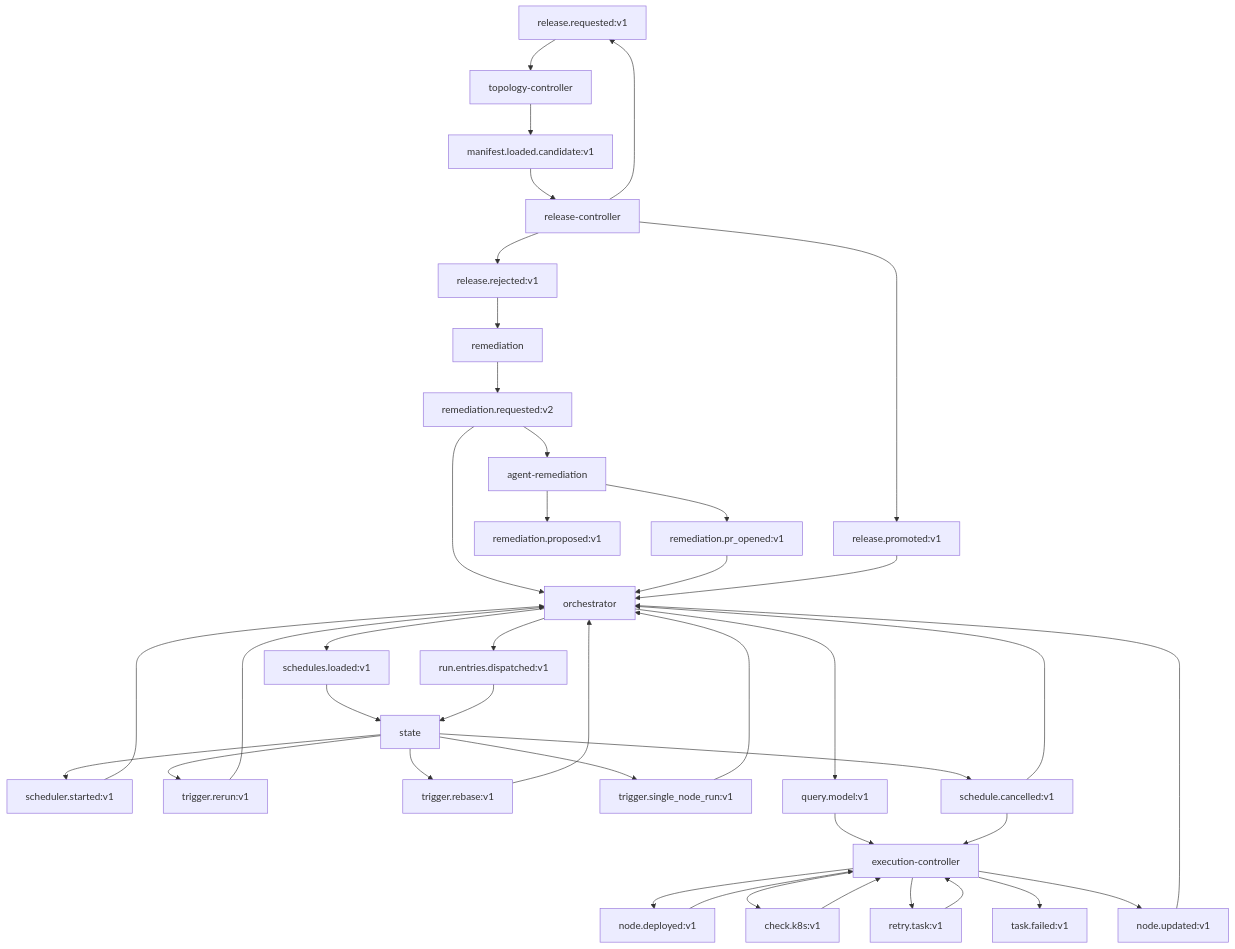
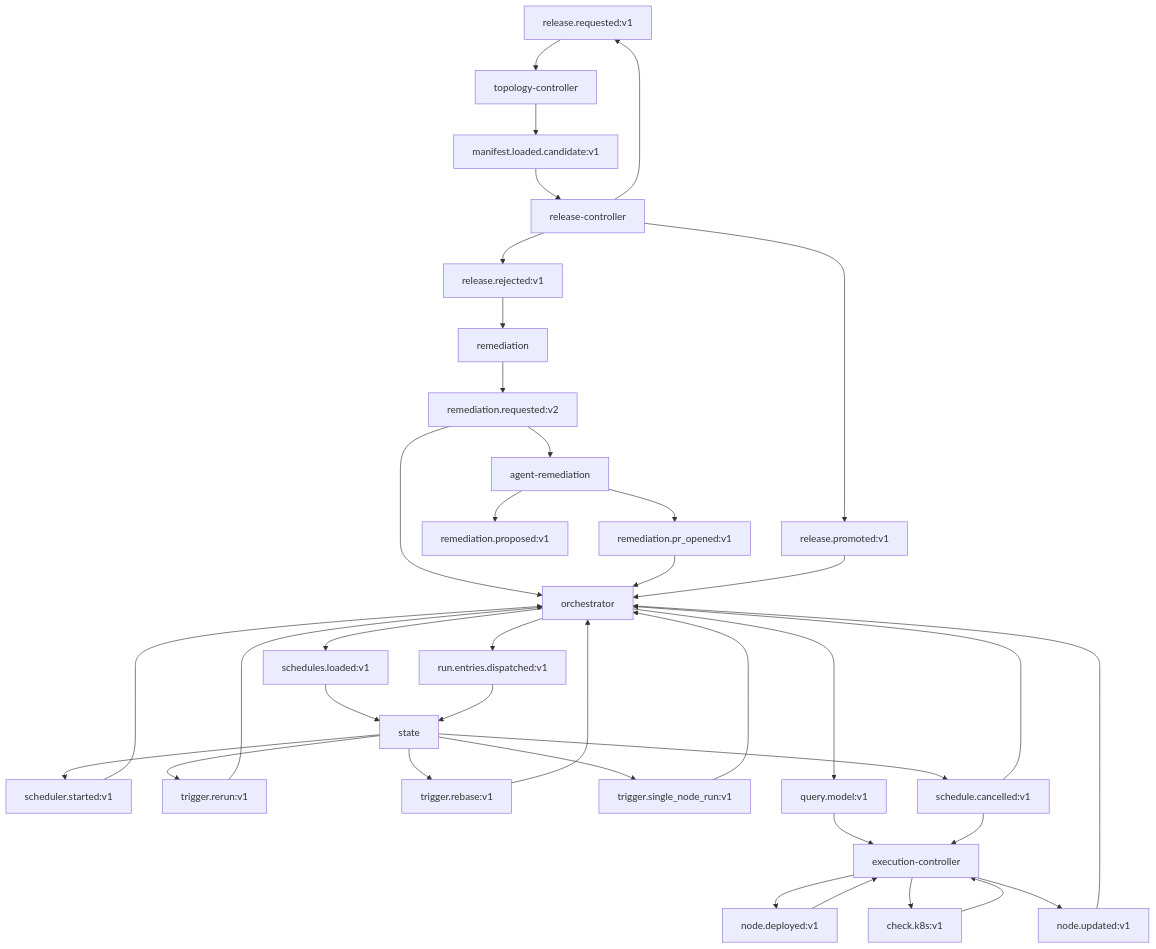
The second of 2 diagrams in docs/arch/01-topology.md (carolsimone/continuo), drawn with Mermaid before and after one commit. The commit also changed 30 other files, not shown here.

First line of the commit message:
execution-controller: re-queue retries in the job-status transaction; drop retry.task:v1 and task.failed:v1

````diff
--- a/docs/arch/01-topology.md
+++ b/docs/arch/01-topology.md
@@ -75,73 +75,68 @@
 ```mermaid
 flowchart TD
   RR[release.requested:v1]
   MLC[manifest.loaded.candidate:v1]
   RP[release.promoted:v1]
   RREJ[release.rejected:v1]
   REMREQ[remediation.requested:v2]
   REMPROP[remediation.proposed:v1]
   PROPENED[remediation.pr_opened:v1]
   SL[schedules.loaded:v1]
   SS[scheduler.started:v1]
   RED[run.entries.dispatched:v1]
   TRR[trigger.rerun:v1]
   TRB[trigger.rebase:v1]
   TSN[trigger.single_node_run:v1]
   QM[query.model:v1]
   ED[node.deployed:v1]
   KCV[check.k8s:v1]
-  TR[retry.task:v1]
-  TF[task.failed:v1]
   UT[node.updated:v1]
 
   RC[release-controller] --> RR
   RR --> MC[topology-controller]
   MC --> MLC
   MLC --> RC
   RC --> RP
   RC --> RREJ
   RREJ --> REM[remediation]
   REM --> REMREQ
   REMREQ --> REMA[agent-remediation]
   REMREQ --> OR[orchestrator]
   REMA --> REMPROP
   REMA --> PROPENED
   PROPENED --> OR
   RP --> OR
   OR --> SL
   SL --> ST[state]
 
   ST --> SS
   SS --> OR
   OR --> RED
   RED --> ST
 
   ST --> TRR
   TRR --> OR
 
   ST --> TRB
   TRB --> OR
 
   ST --> TSN
   TSN --> OR
 
   OR --> QM
 
   QM --> EC[execution-controller]
-  TR --> EC
 
   EC --> ED
   ED --> EC
   EC --> KCV
   KCV --> EC
-  EC --> TR
-  EC --> TF
   EC --> UT
 
   UT --> OR
 
   SC_EV[schedule.cancelled:v1]
   ST --> SC_EV
   SC_EV --> OR
   SC_EV --> EC
 ```
````
